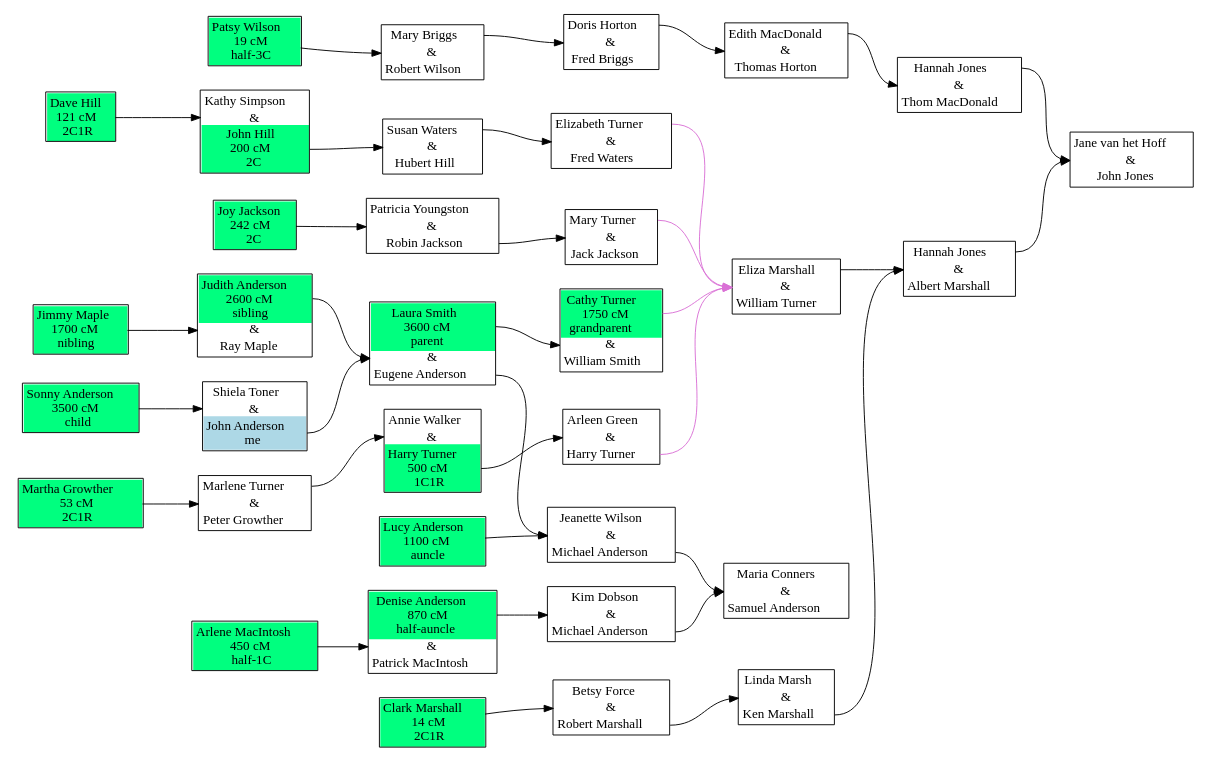
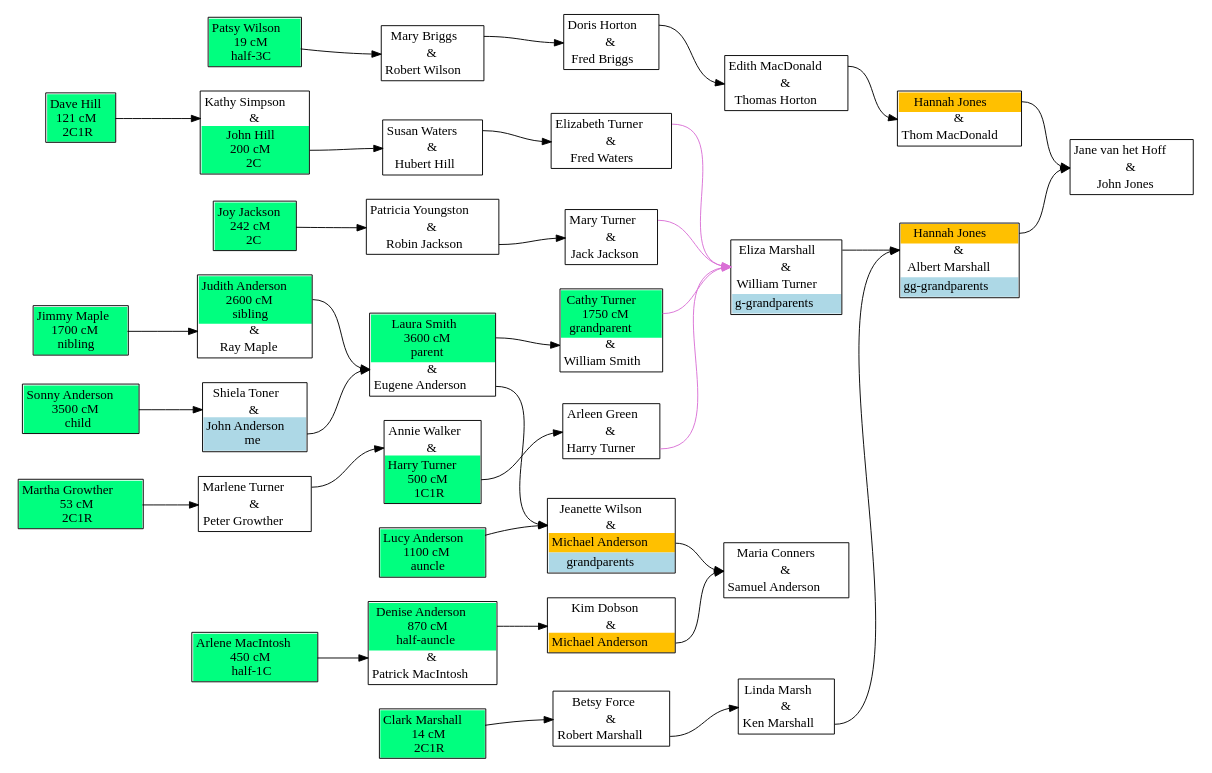
One commit to johnandrea/draw-dna-matches changed the diagram in test-data/larger.dot. Above: the diagram before and after it, drawn with Graphviz. The commit also changed 30 other files, not shown here.

```diff
--- a/test-data/larger.dot
+++ b/test-data/larger.dot
@@ -3,15 +3,16 @@
 rankdir=LR;
 f2 [label=<
 <table cellpadding="3" border="1" cellspacing="0" cellborder="0">
-<tr><td port="w">Hannah Jones</td></tr>
+<tr><td port="w" bgcolor="#ffc000">Hannah Jones</td></tr>
 <tr><td port="u" cellpadding="0" cellspacing="0">&amp;</td></tr>
 <tr><td port="h">Thom MacDonald</td></tr>
 </table>>];
 f6 [label=<
 <table cellpadding="3" border="1" cellspacing="0" cellborder="0">
-<tr><td port="w">Hannah Jones</td></tr>
+<tr><td port="w" bgcolor="#ffc000">Hannah Jones</td></tr>
 <tr><td port="u" cellpadding="0" cellspacing="0">&amp;</td></tr>
 <tr><td port="h">Albert Marshall</td></tr>
+<tr><td bgcolor="lightblue">gg-grandparents</td></tr>
 </table>>];
 f5 [label=<
 <table cellpadding="3" border="1" cellspacing="0" cellborder="0">
@@ -48,6 +49,7 @@
 <tr><td port="w">Eliza Marshall</td></tr>
 <tr><td port="u" cellpadding="0" cellspacing="0">&amp;</td></tr>
 <tr><td port="h">William Turner</td></tr>
+<tr><td bgcolor="lightblue">g-grandparents</td></tr>
 </table>>];
 f1 [label=<
 <table cellpadding="3" border="1" cellspacing="0" cellborder="0">
@@ -119,7 +121,8 @@
 <table cellpadding="3" border="1" cellspacing="0" cellborder="0">
 <tr><td port="w">Jeanette Wilson</td></tr>
 <tr><td port="u" cellpadding="0" cellspacing="0">&amp;</td></tr>
-<tr><td port="h">Michael Anderson</td></tr>
+<tr><td port="h" bgcolor="#ffc000">Michael Anderson</td></tr>
+<tr><td bgcolor="lightblue">grandparents</td></tr>
 </table>>];
 f21 [label=<
 <table cellpadding="3" border="1" cellspacing="0" cellborder="0">
@@ -131,7 +134,7 @@
 <table cellpadding="3" border="1" cellspacing="0" cellborder="0">
 <tr><td port="w">Kim Dobson</td></tr>
 <tr><td port="u" cellpadding="0" cellspacing="0">&amp;</td></tr>
-<tr><td port="h">Michael Anderson</td></tr>
+<tr><td port="h" bgcolor="#ffc000">Michael Anderson</td></tr>
 </table>>];
 f24 [label=<
 <table cellpadding="3" border="1" cellspacing="0" cellborder="0">
@@ -151,29 +154,13 @@
 <tr><td port="u" cellpadding="0" cellspacing="0">&amp;</td></tr>
 <tr><td port="h">Ray Maple</td></tr>
 </table>>];
-i57 [label=<
+i11 [label=<
 <table cellpadding="3" border="1" cellspacing="0" cellborder="0">
-<tr><td port="i" bgcolor="springgreen">Jimmy Maple<br/>1700 cM<br/>nibling</td></tr>
-</table>>];
-i28 [label=<
-<table cellpadding="3" border="1" cellspacing="0" cellborder="0">
-<tr><td port="i" bgcolor="springgreen">Joy Jackson<br/>242 cM<br/>2C</td></tr>
-</table>>];
-i43 [label=<
-<table cellpadding="3" border="1" cellspacing="0" cellborder="0">
-<tr><td port="i" bgcolor="springgreen">Clark Marshall<br/>14 cM<br/>2C1R</td></tr>
-</table>>];
-i48 [label=<
-<table cellpadding="3" border="1" cellspacing="0" cellborder="0">
-<tr><td port="i" bgcolor="springgreen">Sonny Anderson<br/>3500 cM<br/>child</td></tr>
+<tr><td port="i" bgcolor="springgreen">Patsy Wilson<br/>19 cM<br/>half-3C</td></tr>
 </table>>];
 i24 [label=<
 <table cellpadding="3" border="1" cellspacing="0" cellborder="0">
 <tr><td port="i" bgcolor="springgreen">Dave Hill<br/>121 cM<br/>2C1R</td></tr>
-</table>>];
-i53 [label=<
-<table cellpadding="3" border="1" cellspacing="0" cellborder="0">
-<tr><td port="i" bgcolor="springgreen">Arlene MacIntosh<br/>450 cM<br/>half-1C</td></tr>
 </table>>];
 i46 [label=<
 <table cellpadding="3" border="1" cellspacing="0" cellborder="0">
@@ -183,41 +170,57 @@
 <table cellpadding="3" border="1" cellspacing="0" cellborder="0">
 <tr><td port="i" bgcolor="springgreen">Martha Growther<br/>53 cM<br/>2C1R</td></tr>
 </table>>];
-i11 [label=<
+i28 [label=<
 <table cellpadding="3" border="1" cellspacing="0" cellborder="0">
-<tr><td port="i" bgcolor="springgreen">Patsy Wilson<br/>19 cM<br/>half-3C</td></tr>
+<tr><td port="i" bgcolor="springgreen">Joy Jackson<br/>242 cM<br/>2C</td></tr>
 </table>>];
+i48 [label=<
+<table cellpadding="3" border="1" cellspacing="0" cellborder="0">
+<tr><td port="i" bgcolor="springgreen">Sonny Anderson<br/>3500 cM<br/>child</td></tr>
+</table>>];
+i53 [label=<
+<table cellpadding="3" border="1" cellspacing="0" cellborder="0">
+<tr><td port="i" bgcolor="springgreen">Arlene MacIntosh<br/>450 cM<br/>half-1C</td></tr>
+</table>>];
+i57 [label=<
+<table cellpadding="3" border="1" cellspacing="0" cellborder="0">
+<tr><td port="i" bgcolor="springgreen">Jimmy Maple<br/>1700 cM<br/>nibling</td></tr>
+</table>>];
+i43 [label=<
+<table cellpadding="3" border="1" cellspacing="0" cellborder="0">
+<tr><td port="i" bgcolor="springgreen">Clark Marshall<br/>14 cM<br/>2C1R</td></tr>
+</table>>];
+f9:w -> f8:u;
+i28:i -> f12:u;
+i53:i -> f23:u;
+i34:i -> f15:u;
+f11:w -> f7:u [color=orchid];
 f2:w -> f1:u;
 f22:h -> f24:u;
 i11:i -> f5:u;
+f15:w -> f14:u;
+f14:h -> f13:u;
+f13:h -> f7:u [color=orchid];
+f17:w -> f16:u;
+f25:w -> f17:u;
+f12:h -> f11:u;
+f7:w -> f6:u;
+f18:h -> f6:u;
 i46:i -> f20:u;
-f13:h -> f7:u [color=orchid];
+f19:h -> f18:u;
+f20:h -> f24:u;
+f8:w -> f7:u [color=orchid];
+i57:i -> f25:u;
+f16:w -> f7:u [color=orchid];
+f5:w -> f4:u;
+i24:i -> f10:u;
+i43:i -> f19:u;
+f3:w -> f2:u;
 f17:h -> f20:u;
-i43:i -> f19:u;
-f14:h -> f13:u;
 f4:w -> f3:u;
-f16:w -> f7:u [color=orchid];
-f19:h -> f18:u;
-f12:h -> f11:u;
-f5:w -> f4:u;
-f3:w -> f2:u;
-f11:w -> f7:u [color=orchid];
-f9:w -> f8:u;
-i24:i -> f10:u;
-f8:w -> f7:u [color=orchid];
+f23:w -> f22:u;
+f21:h -> f17:u;
 f6:w -> f1:u;
+f10:h -> f9:u;
 i48:i -> f21:u;
-f10:h -> f9:u;
-i57:i -> f25:u;
-f15:w -> f14:u;
-f18:h -> f6:u;
-i28:i -> f12:u;
-f7:w -> f6:u;
-i34:i -> f15:u;
-i53:i -> f23:u;
-f17:w -> f16:u;
-f21:h -> f17:u;
-f25:w -> f17:u;
-f20:h -> f24:u;
-f23:w -> f22:u;
 }
```
